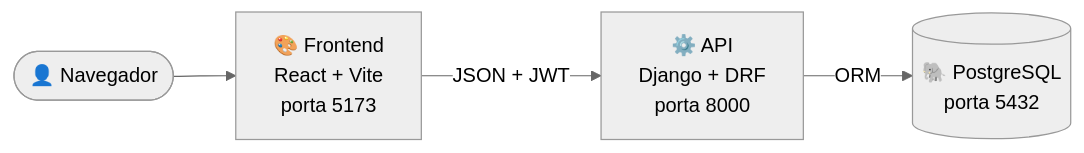
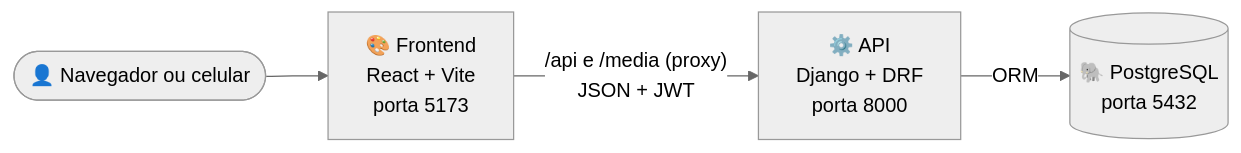
Before and after one commit to gstvakihiro/adotapet: the first of 2 diagrams in README.md, drawn with Mermaid (neutral theme). The commit also changed other lines of this file and 36 other files, not shown here.

````diff
--- a/README.md
+++ b/README.md
@@ -75,6 +76,6 @@
 ```mermaid
 flowchart LR
-    U(["👤 Navegador"]) --> F["🎨 Frontend<br/>React + Vite<br/>porta 5173"]
-    F -- "JSON + JWT" --> B["⚙️ API<br/>Django + DRF<br/>porta 8000"]
+    U(["👤 Navegador ou celular"]) --> F["🎨 Frontend<br/>React + Vite<br/>porta 5173"]
+    F -- "/api e /media (proxy)<br/>JSON + JWT" --> B["⚙️ API<br/>Django + DRF<br/>porta 8000"]
     B -- "ORM" --> D[("🐘 PostgreSQL<br/>porta 5432")]
 ```
````
